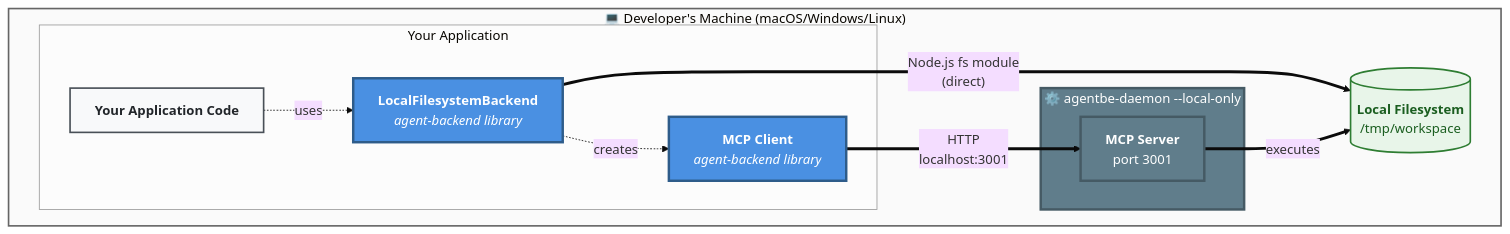
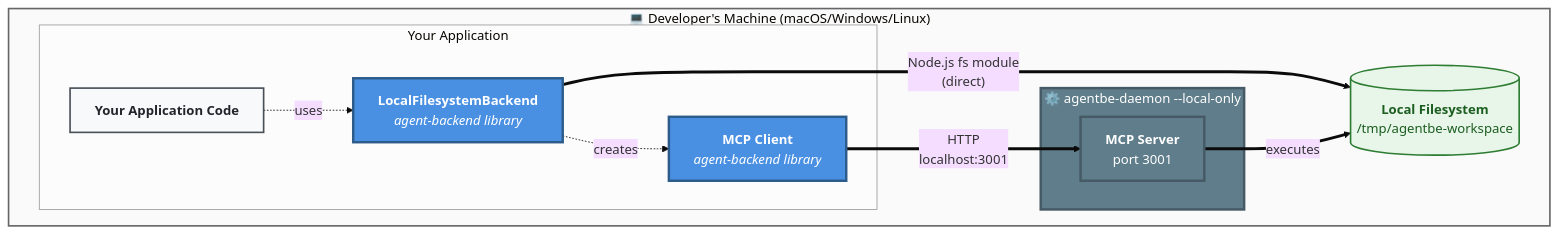
The second of 7 diagrams in docs/architecture.md (deepagents-ai/agent-backend), drawn with Mermaid before and after one commit. The commit also changed other lines of this file and 51 other files, not shown here.

````diff
--- a/docs/architecture.md
+++ b/docs/architecture.md
@@ -97,36 +97,36 @@
 ```mermaid
 %%{init: {'theme':'base', 'themeVariables': { 'fontSize':'16px', 'fontFamily':'system-ui, -apple-system, sans-serif'}}}%%
 graph TB
     subgraph devMachine["💻 Developer's Machine (macOS/Windows/Linux)"]
         subgraph userApp["Your Application"]
             App["<b>Your Application Code</b>"]
             LFB["<b>LocalFilesystemBackend</b><br/><i>agent-backend library</i>"]
             MCP_HTTP["<b>MCP Client</b><br/><i>agent-backend library</i>"]
         end
 
         subgraph Daemon["⚙️ agentbe-daemon --local-only"]
             MCP_Server["<b>MCP Server</b><br/>port 3001"]
         end
 
-        FS[("<b>Local Filesystem</b><br/>/tmp/workspace")]
+        FS[("<b>Local Filesystem</b><br/>/tmp/agentbe-workspace")]
 
         App -.->|uses| LFB
         LFB -.->|creates| MCP_HTTP
         LFB ==>|"Node.js fs module<br/>(direct)"| FS
         MCP_HTTP ==>|"HTTP<br/>localhost:3001"| MCP_Server
         MCP_Server ==>|executes| FS
     end
 
     classDef userCode fill:#f8f9fa,stroke:#495057,stroke-width:2px,color:#212529
     classDef agentBackend fill:#4A90E2,stroke:#2E5C8A,stroke-width:3px,color:#fff
     classDef daemon fill:#607D8B,stroke:#455A64,stroke-width:3px,color:#fff
     classDef storage fill:#E8F5E9,stroke:#2E7D32,stroke-width:2px,color:#1B5E20
 
     class App userCode
     class LFB,MCP_HTTP agentBackend
     class Daemon,MCP_Server daemon
     class FS storage
 
     style devMachine fill:#fafafa,stroke:#666,stroke-width:2px
     style userApp fill:#fcfcfc,stroke:#999,stroke-width:1px
 ```
````
